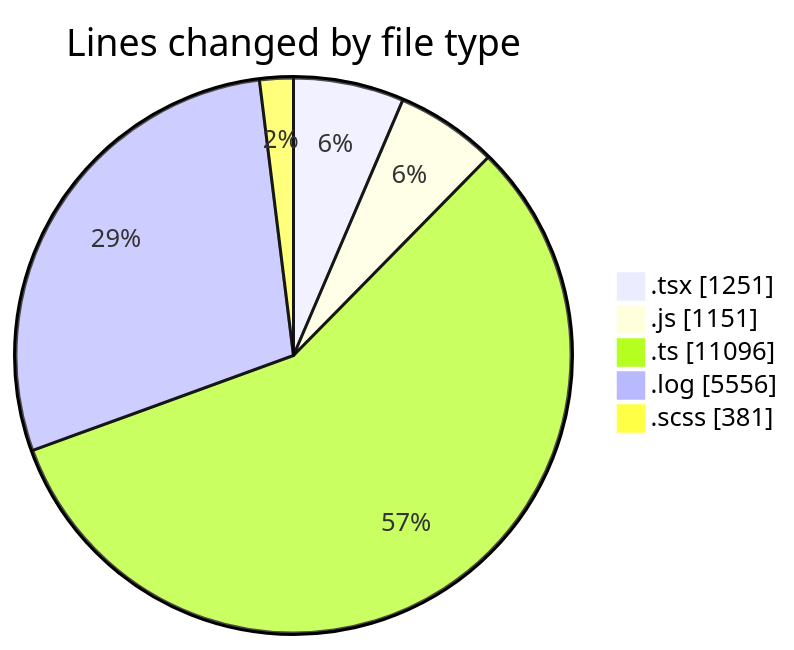
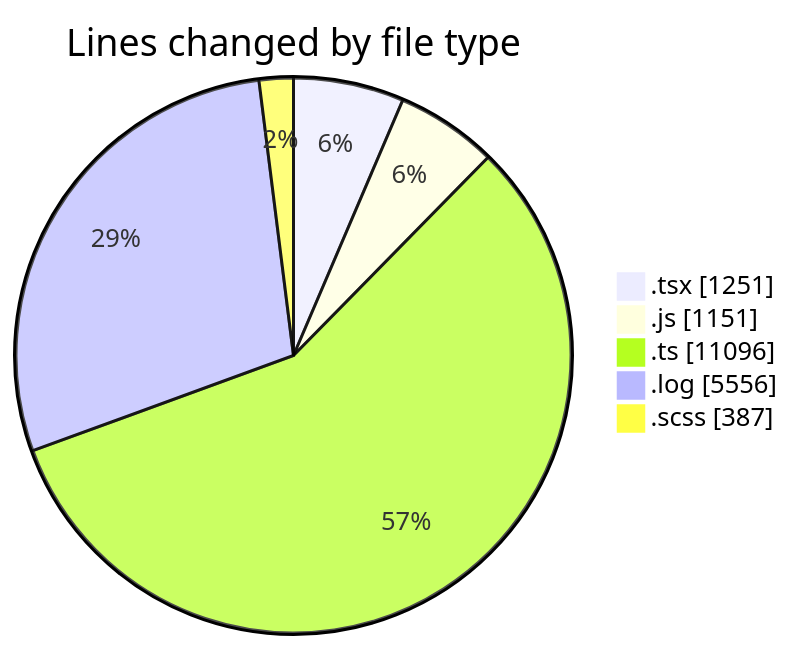
The first of 2 diagrams in 2026-04-09/cda/README.md (momahboobian/code-tracking), drawn with Mermaid before and after one commit. The commit also changed other lines of this file and 1 other file, not shown here.

````diff
--- a/2026-04-09/cda/README.md
+++ b/2026-04-09/cda/README.md
@@ -32,9 +32,9 @@
 ```mermaid
 pie showData
 title Lines changed by file type
 ".tsx" : 1251
 ".js" : 1151
 ".ts" : 11096
 ".log" : 5556
-".scss" : 381
+".scss" : 387
 ```
````
